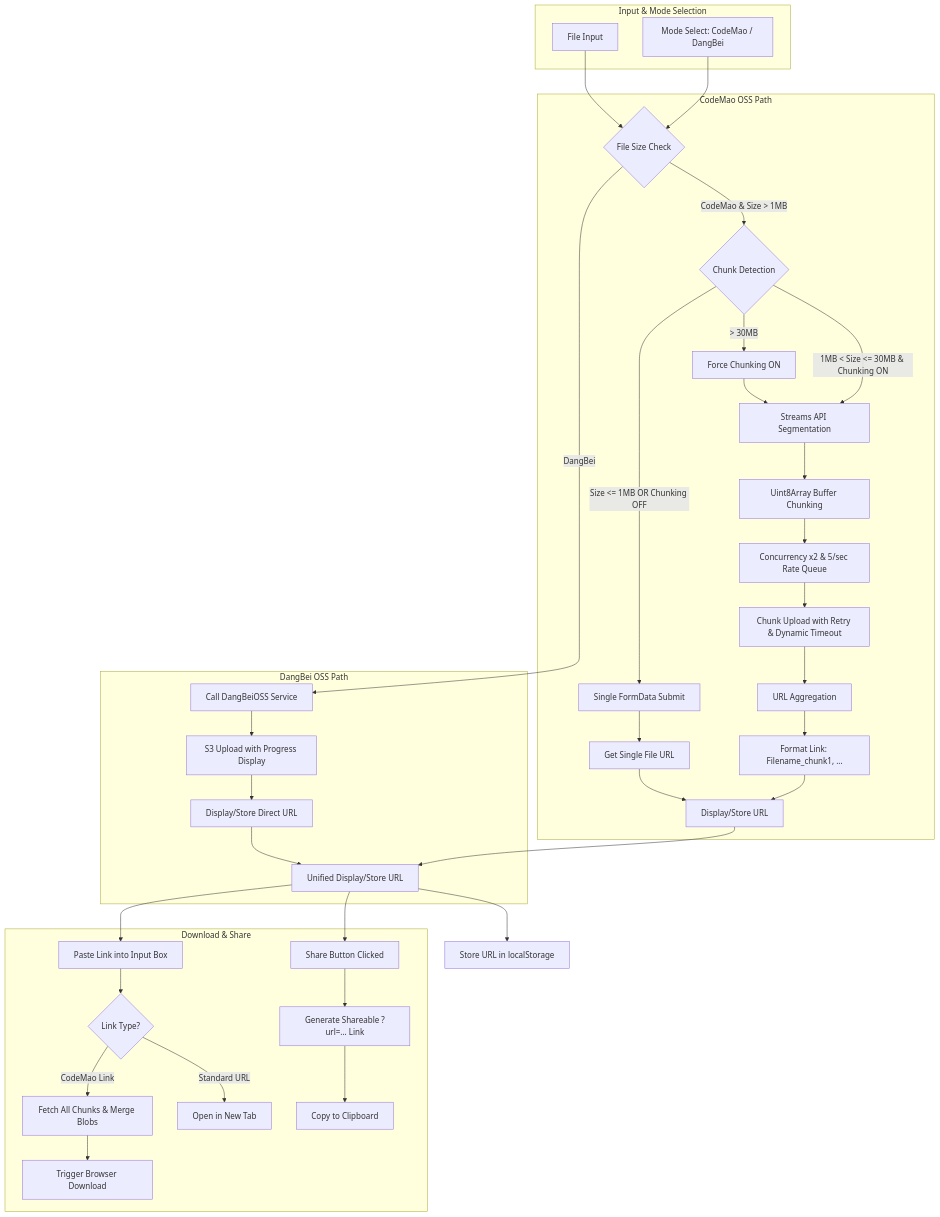
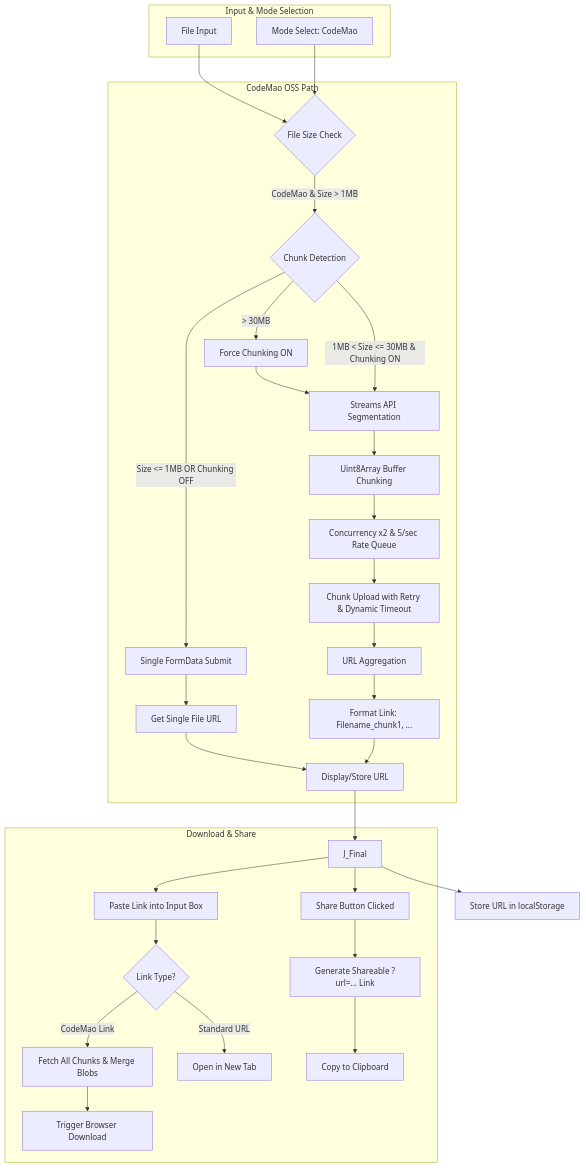
The diagram in README.md (CJackHwang/Chunkuposs), drawn with Mermaid before and after one commit. The commit also changed other lines of this file and 12 other files, not shown here.

````diff
--- a/README.md
+++ b/README.md
@@ -113,49 +106,44 @@
 ```mermaid
 flowchart TD
     %% Input & Mode Selection
     subgraph "Input & Mode Selection"
         A[File Input]
-        M[Mode Select: CodeMao / DangBei]
+    M[Mode Select: CodeMao]
     end
 
     A --> P{File Size Check}
     M --> P
 
     %% CodeMao OSS Path
     subgraph "CodeMao OSS Path"
         P -->|CodeMao & Size > 1MB| B{Chunk Detection}
         B -->|> 30MB| B_Force[Force Chunking ON] --> D
         B -->|1MB < Size <= 30MB & Chunking ON| D[Streams API Segmentation]
         B -->|Size <= 1MB OR Chunking OFF| C[Single FormData Submit]
 
         D --> E[Uint8Array Buffer Chunking]
         E --> F["Concurrency x2 & 5/sec Rate Queue"]
         F --> G[Chunk Upload with Retry & Dynamic Timeout]
         G --> H[URL Aggregation]
         H --> I["Format Link: Filename_chunk1, ..."]
         C --> I_Single[Get Single File URL] --> J_CodeMao[Display/Store URL]
         I --> J_CodeMao
     end
 
-    %% DangBei OSS Path
-    subgraph "DangBei OSS Path"
-        P -->|DangBei| K[Call DangBeiOSS Service]
-        K --> L[S3 Upload with Progress Display]
-        L --> J_DangBei[Display/Store Direct URL] --> J_Final[Unified Display/Store URL]
-    end
+    %% DangBei OSS Path (Deprecated) — removed from UI
 
     %% Merge CodeMao path into final display
     J_CodeMao --> J_Final
 
     %% Download & Share
     subgraph "Download & Share"
         J_Final --> DL_Input[Paste Link into Input Box]
         DL_Input --> DL_Check{Link Type?}
         DL_Check -->|CodeMao Link| Merge[Fetch All Chunks & Merge Blobs] --> Save[Trigger Browser Download]
         DL_Check -->|Standard URL| Open[Open in New Tab]
         J_Final --> Share[Share Button Clicked] --> ShareLink[Generate Shareable ?url=... Link] --> Clipboard[Copy to Clipboard]
     end
 
     J_Final --> Store[Store URL in localStorage]
 
 ```
````
